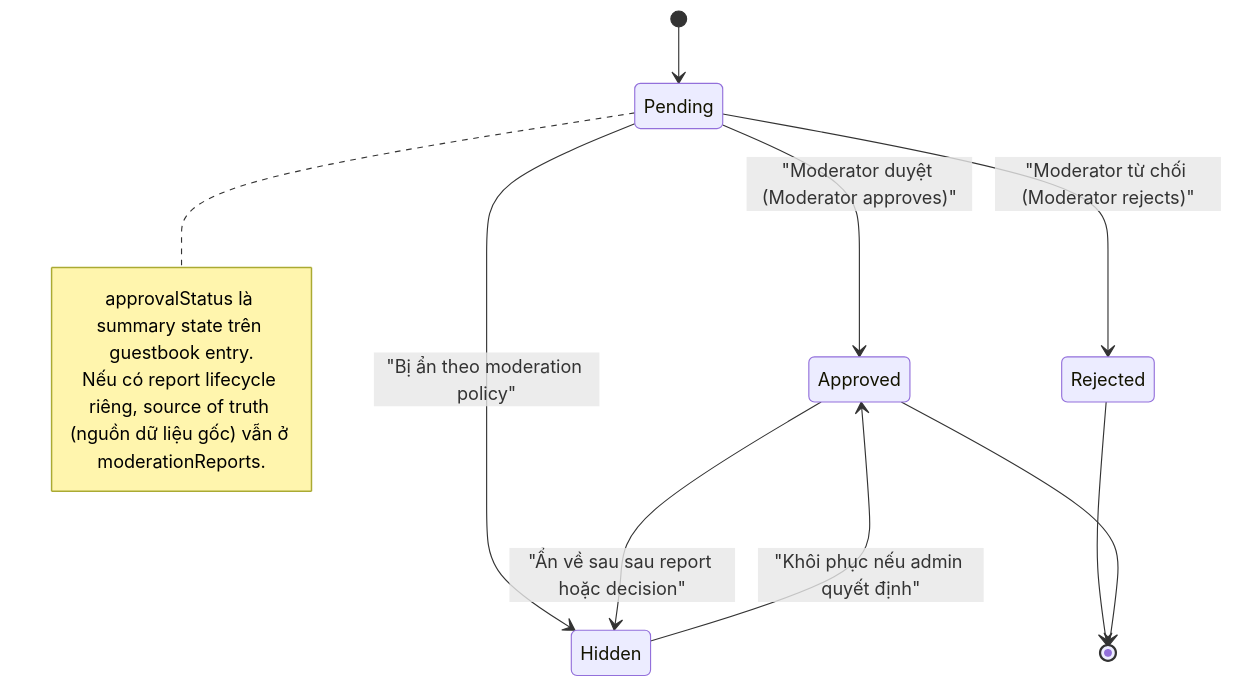
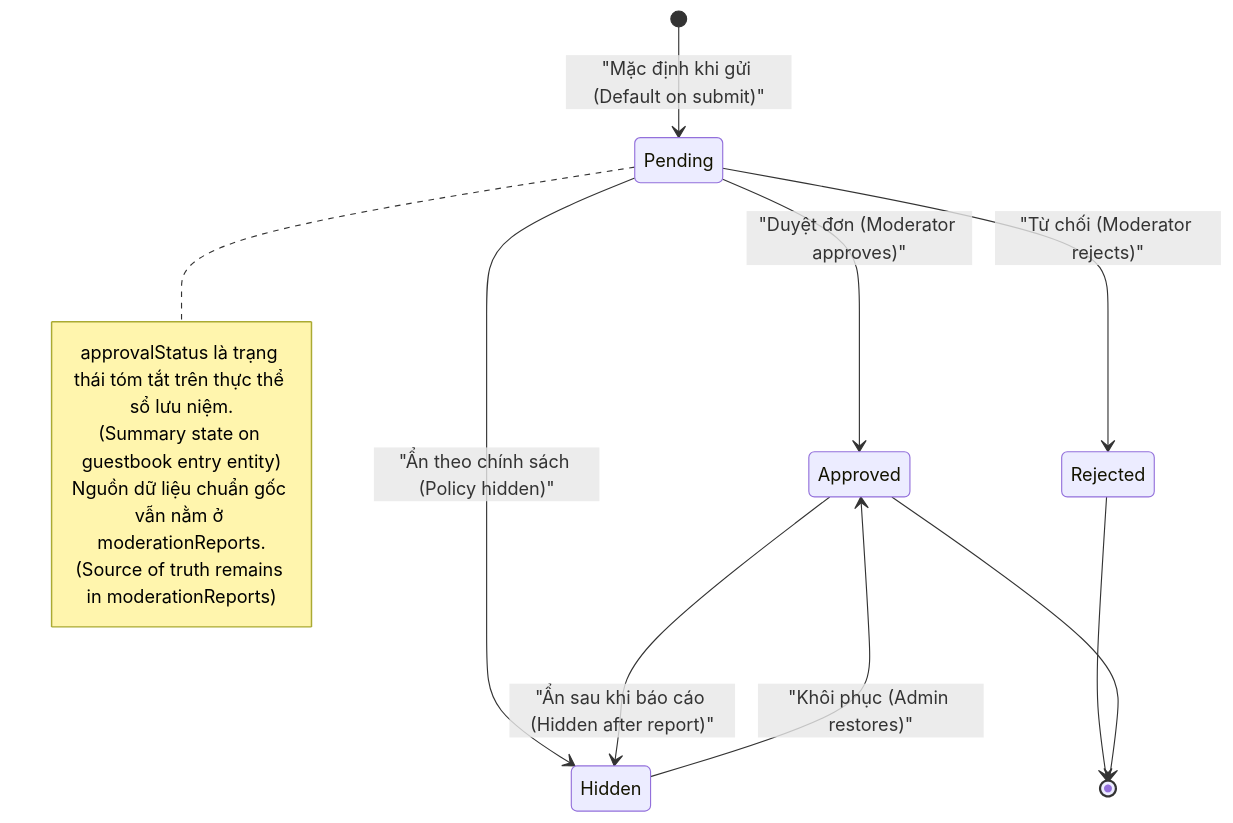
Before and after one commit to QuyenVjp/PMTL_VN: the diagram in design/04-moderation/guestbook-approval-state.mmd, drawn with Mermaid. The commit also changed 115 other files, not shown here.

```diff
--- a/design/04-moderation/guestbook-approval-state.mmd
+++ b/design/04-moderation/guestbook-approval-state.mmd
@@ -1,14 +1,16 @@
 stateDiagram-v2
-    [*] --> Pending
-    Pending --> Approved: "Moderator duyệt (Moderator approves)"
-    Pending --> Rejected: "Moderator từ chối (Moderator rejects)"
-    Pending --> Hidden: "Bị ẩn theo moderation policy"
-    Approved --> Hidden: "Ẩn về sau sau report hoặc decision"
-    Hidden --> Approved: "Khôi phục nếu admin quyết định"
+    [*] --> Pending: "Mặc định khi gửi (Default on submit)"
+    Pending --> Approved: "Duyệt đơn (Moderator approves)"
+    Pending --> Rejected: "Từ chối (Moderator rejects)"
+    Pending --> Hidden: "Ẩn theo chính sách (Policy hidden)"
+    Approved --> Hidden: "Ẩn sau khi báo cáo (Hidden after report)"
+    Hidden --> Approved: "Khôi phục (Admin restores)"
     Rejected --> [*]
     Approved --> [*]
 
     note right of Pending
-      approvalStatus là summary state trên guestbook entry.
-      Nếu có report lifecycle riêng, source of truth (nguồn dữ liệu gốc) vẫn ở moderationReports.
+      approvalStatus là trạng thái tóm tắt trên thực thể sổ lưu niệm.
+      (Summary state on guestbook entry entity)
+      Nguồn dữ liệu chuẩn gốc vẫn nằm ở moderationReports.
+      (Source of truth remains in moderationReports)
     end note
```
